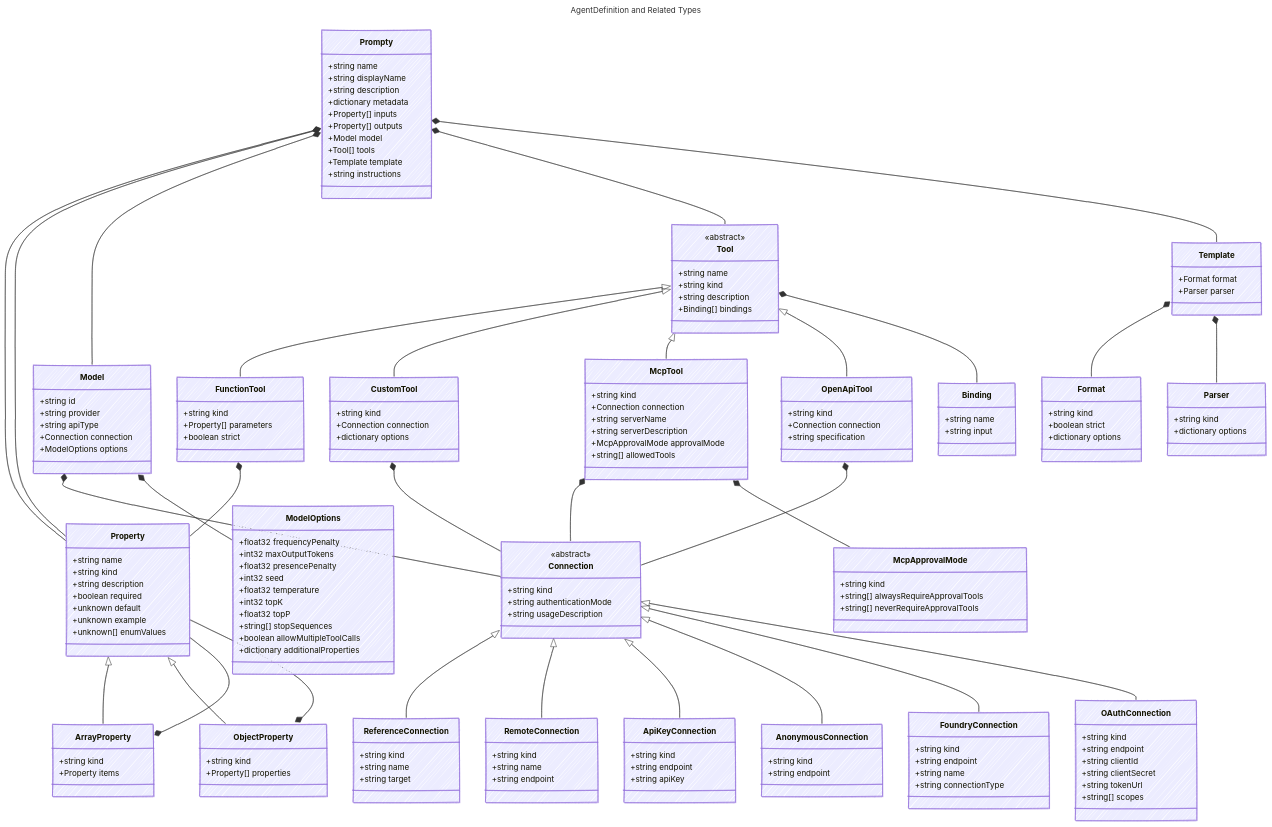
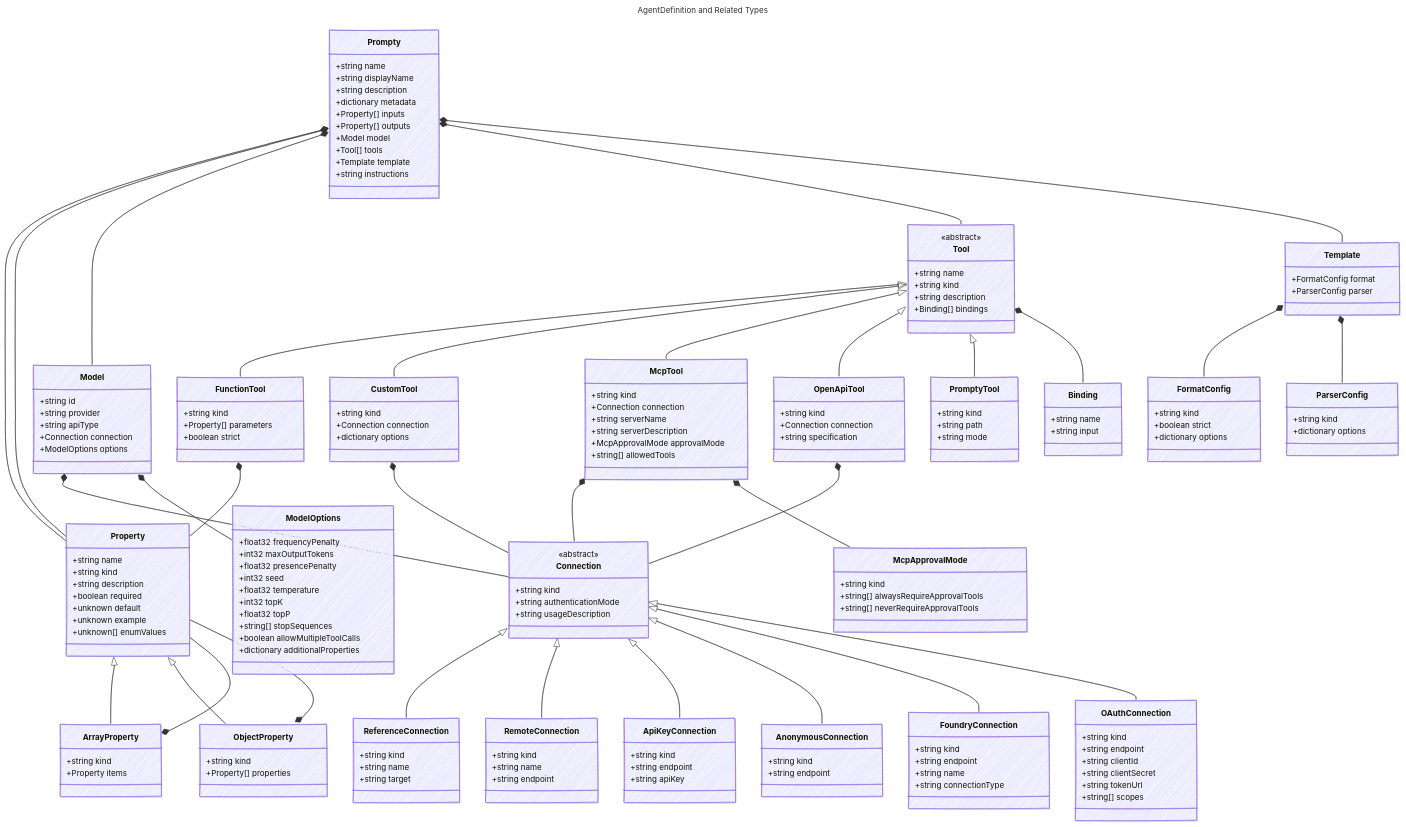
The diagram in web/src/content/docs/reference/index.md (microsoft/prompty), drawn with Mermaid before and after one commit. The commit also changed other lines of this file and 133 other files, not shown here.

```diff
--- a/web/src/content/docs/reference/index.md
+++ b/web/src/content/docs/reference/index.md
@@ -150,21 +150,27 @@
         +Connection connection
         +string specification
     }
-    class Format {
+    class PromptyTool {
+      
+        +string kind
+        +string path
+        +string mode
+    }
+    class FormatConfig {
       
         +string kind
         +boolean strict
         +dictionary options
     }
-    class Parser {
+    class ParserConfig {
       
         +string kind
         +dictionary options
     }
     class Template {
       
-        +Format format
-        +Parser parser
+        +FormatConfig format
+        +ParserConfig parser
     }
     class Prompty {
       
@@ -191,6 +197,7 @@
     Tool <|-- CustomTool
     Tool <|-- McpTool
     Tool <|-- OpenApiTool
+    Tool <|-- PromptyTool
     ObjectProperty *-- Property
     ArrayProperty *-- Property
     Model *-- Connection
@@ -201,8 +208,8 @@
     McpTool *-- Connection
     McpTool *-- McpApprovalMode
     OpenApiTool *-- Connection
-    Template *-- Format
-    Template *-- Parser
+    Template *-- FormatConfig
+    Template *-- ParserConfig
     Prompty *-- Property
     Prompty *-- Property
     Prompty *-- Model
```
